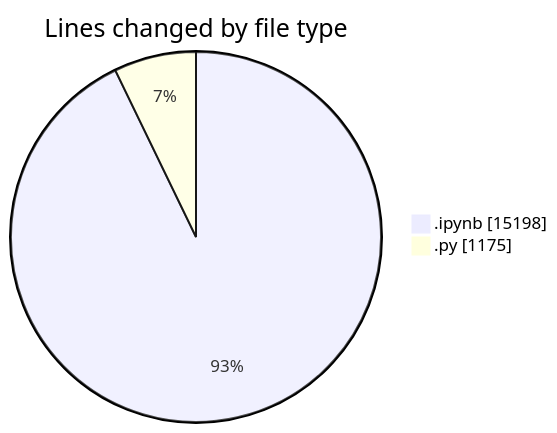
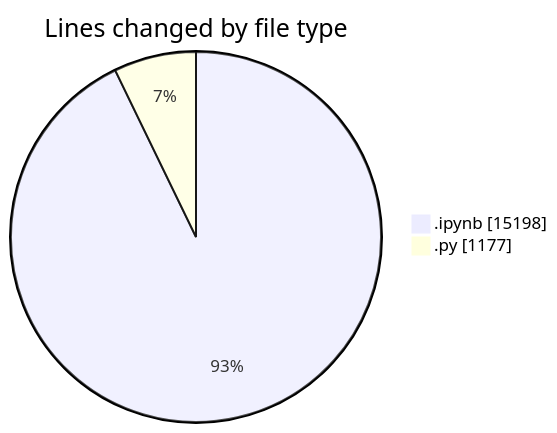
One commit to MatusMokan/code-tracking changed the first of 2 diagrams in 2025-04-10/myws__workspace_/README.md. Above: the diagram before and after it, drawn with Mermaid. The commit also changed other lines of this file and 1 other file, not shown here.

````diff
--- a/2025-04-10/myws__workspace_/README.md
+++ b/2025-04-10/myws__workspace_/README.md
@@ -21,6 +21,6 @@
 ```mermaid
 pie showData
 title Lines changed by file type
 ".ipynb" : 15198
-".py" : 1175
+".py" : 1177
 ```
````
